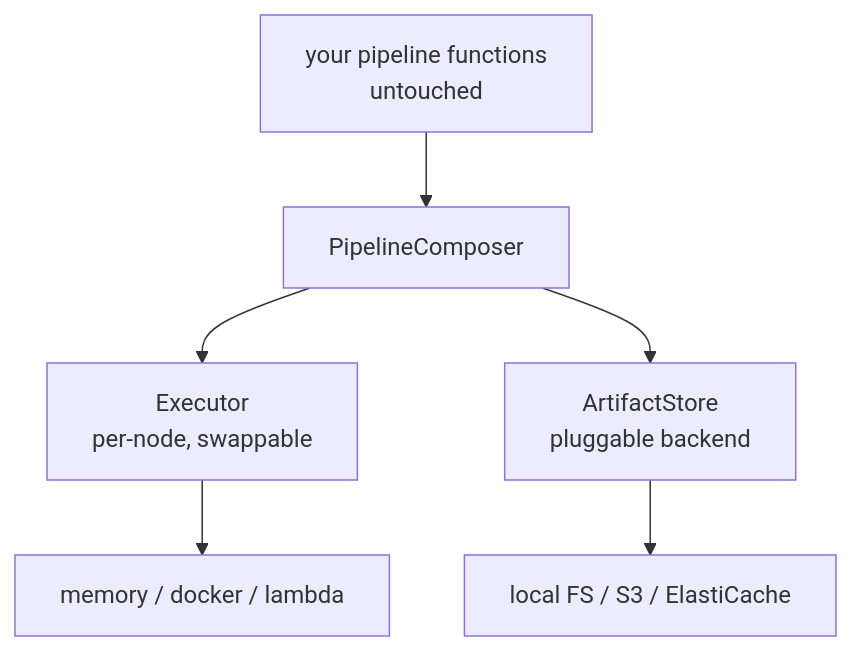
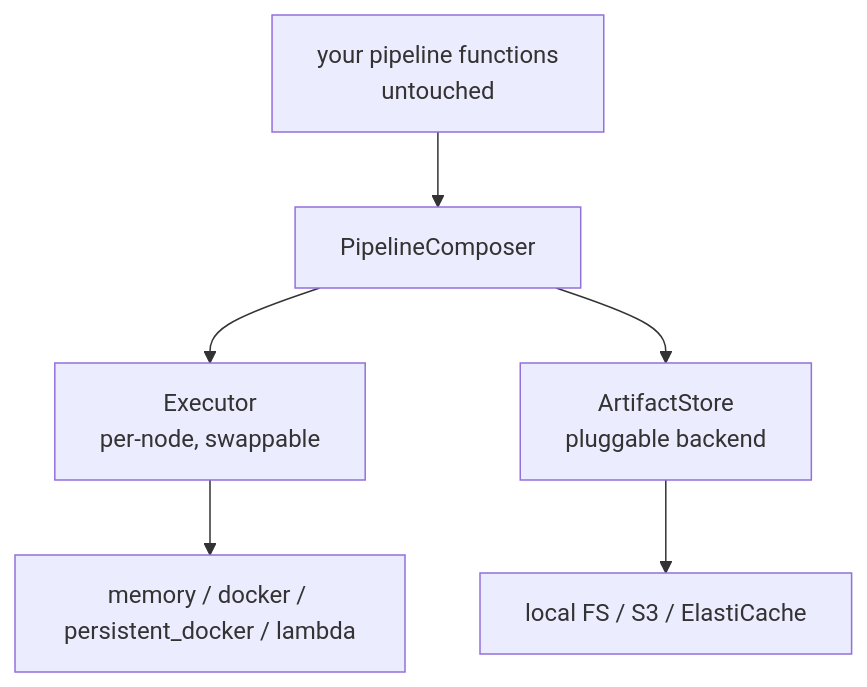
Before and after one commit to ganeshhgupta/fn_graph: the first of 2 diagrams in fn_graph/examples/solution/00_overview.md, drawn with Mermaid. The commit also changed other lines of this file and 6 other files, not shown here.

First line of the commit message:
docs: update all solution MD files for PersistentDockerExecutor and deploy/ refactor

````diff
--- a/fn_graph/examples/solution/00_overview.md
+++ b/fn_graph/examples/solution/00_overview.md
@@ -28,8 +28,8 @@
 ```mermaid
 flowchart TD
     A[your pipeline functions\nuntouched] --> B[PipelineComposer]
     B --> C[Executor\nper-node, swappable]
     B --> D[ArtifactStore\npluggable backend]
-    C --> E[memory / docker / lambda]
+    C --> E[memory / docker / persistent_docker / lambda]
     D --> F[local FS / S3 / ElastiCache]
 ```
````
